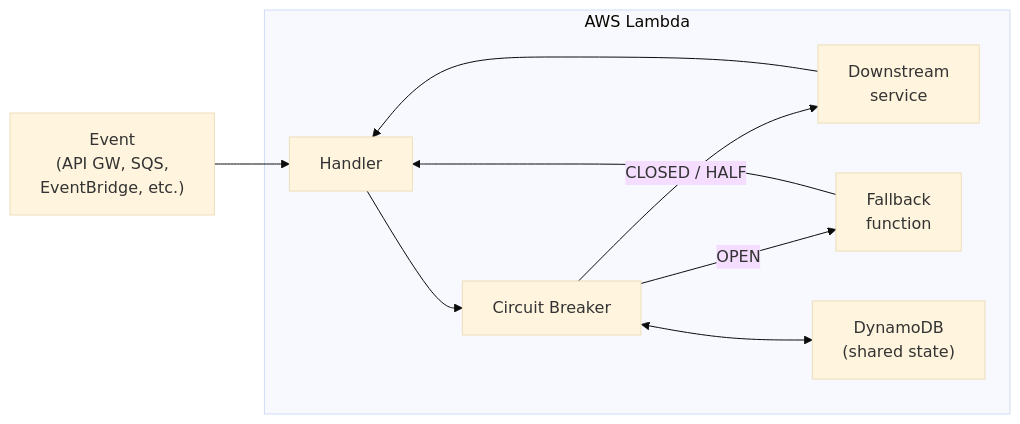
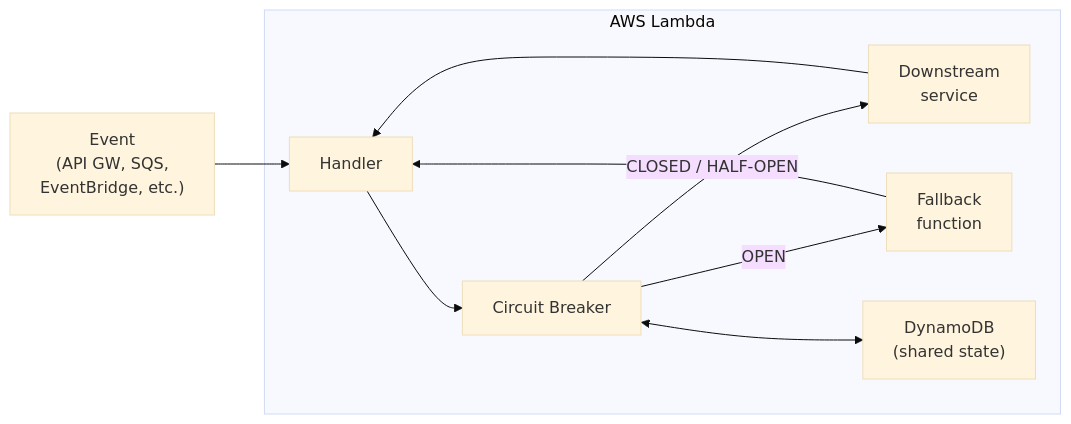
Before and after one commit to gunnargrosch/circuitbreaker-lambda: the diagram in README.md, drawn with Mermaid (base theme). The commit also changed other lines of this file and 6 other files, not shown here.

First line of the commit message:
docs: update all references from HALF to HALF-OPEN

````diff
--- a/README.md
+++ b/README.md
@@ -17,20 +17,20 @@
 ```mermaid
 graph LR
   Event["Event
   (API GW, SQS,
   EventBridge, etc.)"]
 
   subgraph Lambda["AWS Lambda"]
     Handler --> CB["Circuit Breaker"]
-    CB -- "CLOSED / HALF" --> Downstream["Downstream
+    CB -- "CLOSED / HALF-OPEN" --> Downstream["Downstream
     service"]
     CB -- "OPEN" --> Fallback["Fallback
     function"]
     CB <--> DynamoDB["DynamoDB
     (shared state)"]
   end
 
   Event --> Handler
   Downstream --> Handler
   Fallback --> Handler
 ```
````
